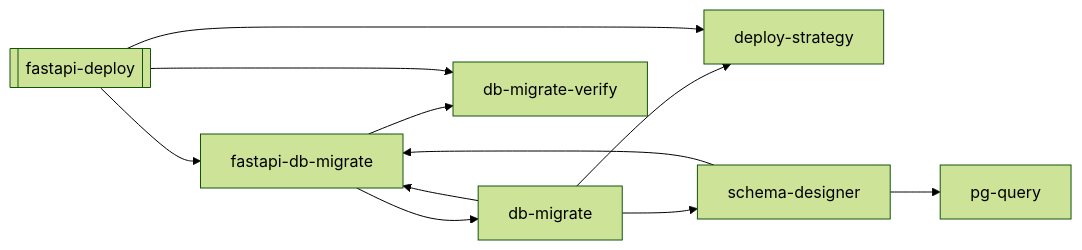
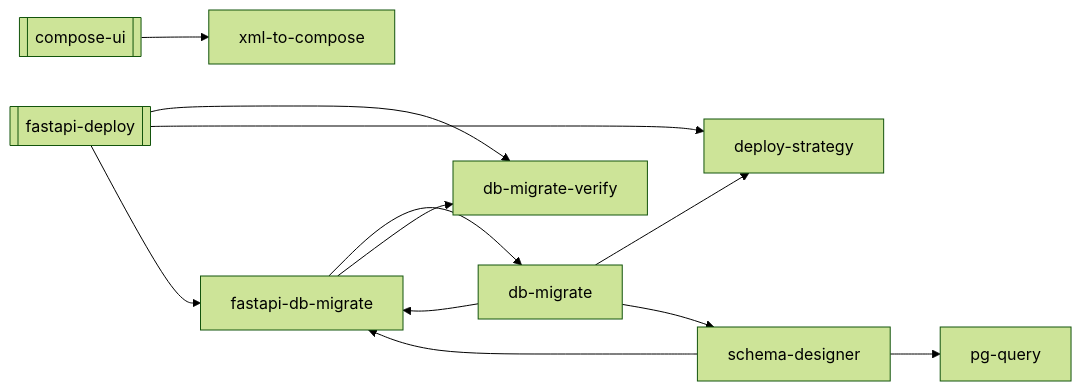
One commit to abhayla/claude-best-practices changed the third of 29 diagrams in docs/workflows/_needs-manual-review.md. Above: the diagram before and after it, drawn with Mermaid (forest theme). The commit also changed other lines of this file and 12 other files, not shown here.

````diff
--- a/docs/workflows/_needs-manual-review.md
+++ b/docs/workflows/_needs-manual-review.md
@@ -538,20 +541,23 @@
 ```mermaid
 graph LR
+    compose_ui[["compose-ui"]]
     fastapi_deploy[["fastapi-deploy"]]
     db_migrate["db-migrate"]
     db_migrate_verify["db-migrate-verify"]
     deploy_strategy["deploy-strategy"]
     fastapi_db_migrate["fastapi-db-migrate"]
     pg_query["pg-query"]
     schema_designer["schema-designer"]
+    xml_to_compose["xml-to-compose"]
+    compose_ui --> xml_to_compose
     db_migrate --> deploy_strategy
     db_migrate --> fastapi_db_migrate
     db_migrate --> schema_designer
     fastapi_db_migrate --> db_migrate
     fastapi_db_migrate --> db_migrate_verify
     fastapi_deploy --> db_migrate_verify
     fastapi_deploy --> deploy_strategy
     fastapi_deploy --> fastapi_db_migrate
     schema_designer --> fastapi_db_migrate
     schema_designer --> pg_query
 ```
````
